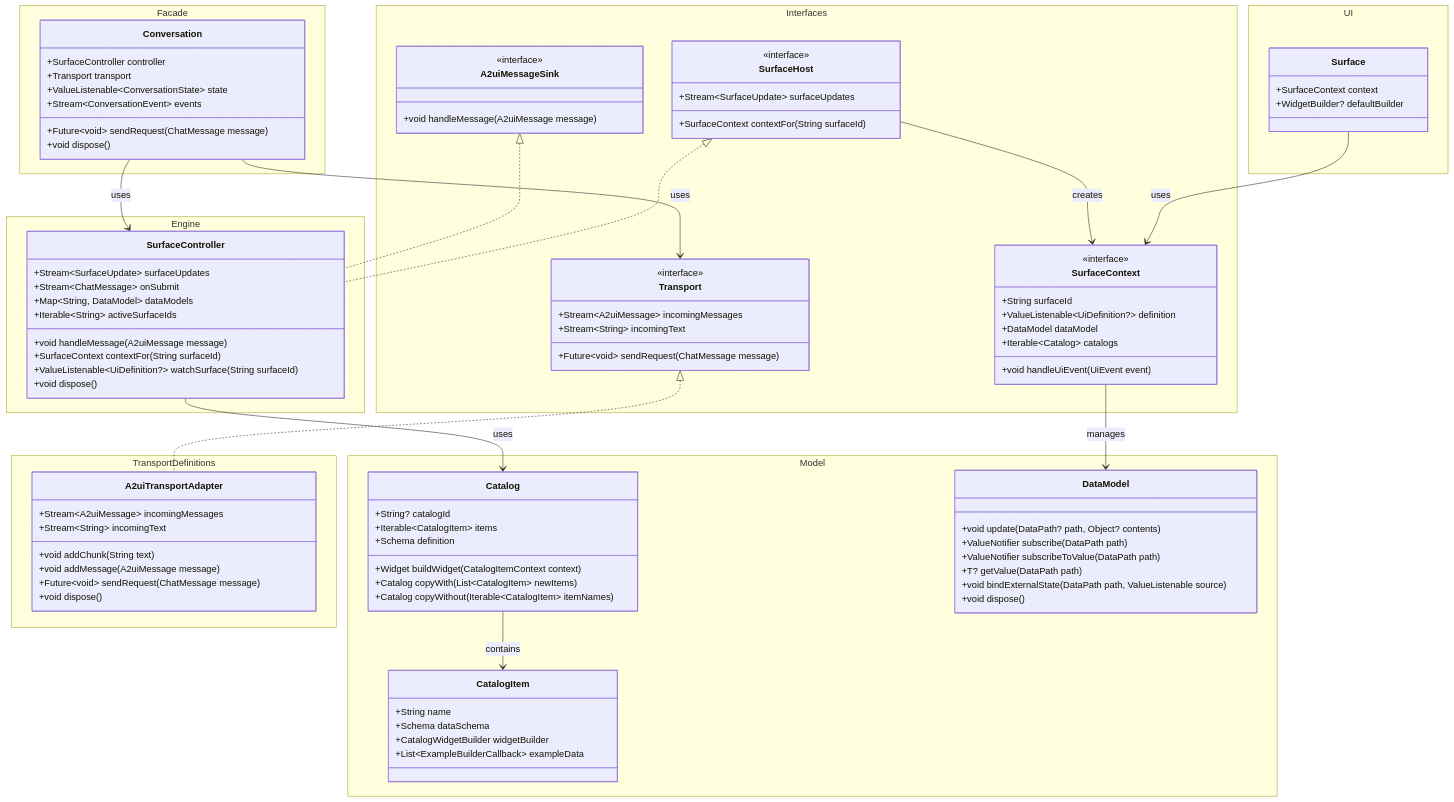
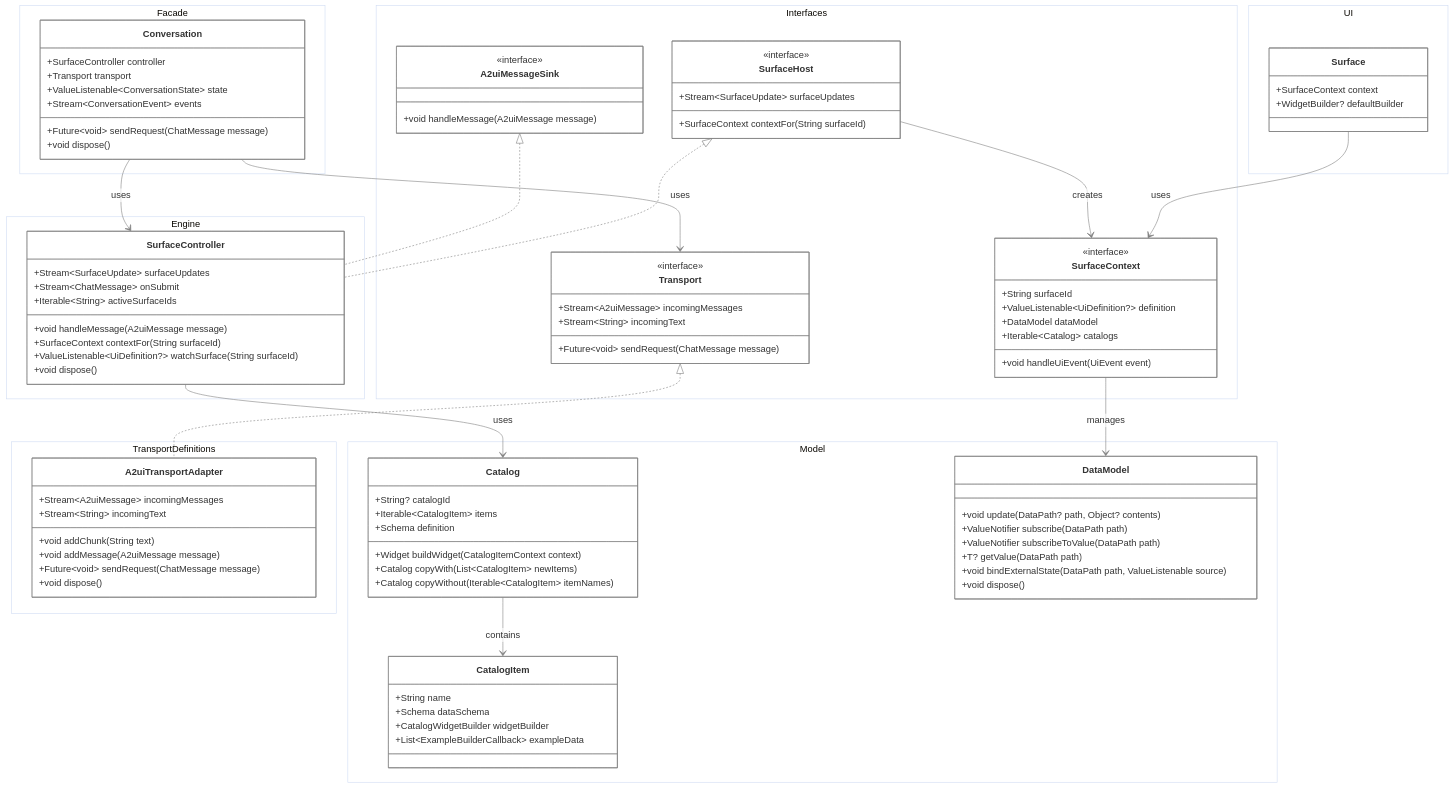
Before and after one commit to polina-c/genui: the diagram in packages/genui/docs/class-diagram.mmd, drawn with Mermaid. The commit also changed 14 other files, not shown here.

Commit message:
Update diagrams

```diff
--- a/packages/genui/docs/class-diagram.mmd
+++ b/packages/genui/docs/class-diagram.mmd
@@ -1,109 +1,109 @@
+%%{init: {'theme': 'base', 'themeVariables': { 'primaryBorderColor': '#808080', 'lineColor': '#808080', 'background': 'transparent', 'mainBkg': '#ffffffaa', 'clusterBkg': 'transparent'}}}%%
 classDiagram
     namespace Facade {
         class Conversation {
             +SurfaceController controller
             +Transport transport
             +ValueListenable~ConversationState~ state
             +Stream~ConversationEvent~ events
             +Future~void~ sendRequest(ChatMessage message)
             +void dispose()
         }
     }
 
     namespace Interfaces {
         class Transport {
             <<interface>>
             +Stream~A2uiMessage~ incomingMessages
             +Stream~String~ incomingText
             +Future~void~ sendRequest(ChatMessage message)
         }
 
         class SurfaceHost {
             <<interface>>
             +Stream~SurfaceUpdate~ surfaceUpdates
             +SurfaceContext contextFor(String surfaceId)
         }
 
         class SurfaceContext {
             <<interface>>
             +String surfaceId
             +ValueListenable~UiDefinition?~ definition
             +DataModel dataModel
             +Iterable~Catalog~ catalogs
             +void handleUiEvent(UiEvent event)
         }
 
         class A2uiMessageSink {
             <<interface>>
             +void handleMessage(A2uiMessage message)
         }
     }
 
     namespace TransportDefinitions {
         class A2uiTransportAdapter {
             +void addChunk(String text)
             +void addMessage(A2uiMessage message)
             +Stream~A2uiMessage~ incomingMessages
             +Stream~String~ incomingText
             +Future~void~ sendRequest(ChatMessage message)
             +void dispose()
         }
     }
 
     namespace Engine {
         class SurfaceController {
             +void handleMessage(A2uiMessage message)
             +Stream~SurfaceUpdate~ surfaceUpdates
             +Stream~ChatMessage~ onSubmit
-            +Map~String, DataModel~ dataModels
             +Iterable~String~ activeSurfaceIds
             +SurfaceContext contextFor(String surfaceId)
             +ValueListenable~UiDefinition?~ watchSurface(String surfaceId)
             +void dispose()
         }
     }
 
     namespace UI {
         class Surface {
             +SurfaceContext context
             +WidgetBuilder? defaultBuilder
         }
     }
 
     namespace Model {
         class Catalog {
             +String? catalogId
             +Iterable~CatalogItem~ items
             +Schema definition
             +Widget buildWidget(CatalogItemContext context)
             +Catalog copyWith(List~CatalogItem~ newItems)
             +Catalog copyWithout(Iterable~CatalogItem~ itemNames)
         }
 
         class CatalogItem {
             +String name
             +Schema dataSchema
             +CatalogWidgetBuilder widgetBuilder
             +List~ExampleBuilderCallback~ exampleData
         }
 
         class DataModel {
             +void update(DataPath? path, Object? contents)
             +ValueNotifier subscribe(DataPath path)
             +ValueNotifier subscribeToValue(DataPath path)
             +T? getValue(DataPath path)
             +void bindExternalState(DataPath path, ValueListenable source)
             +void dispose()
         }
     }
 
     SurfaceHost <|.. SurfaceController
     A2uiMessageSink <|.. SurfaceController
     Transport <|.. A2uiTransportAdapter
     Surface --> SurfaceContext : uses
     SurfaceHost --> SurfaceContext : creates
     Catalog --> CatalogItem : contains
     SurfaceContext --> DataModel : manages
     Conversation --> SurfaceController : uses
     Conversation --> Transport : uses
     SurfaceController --> Catalog : uses
```
